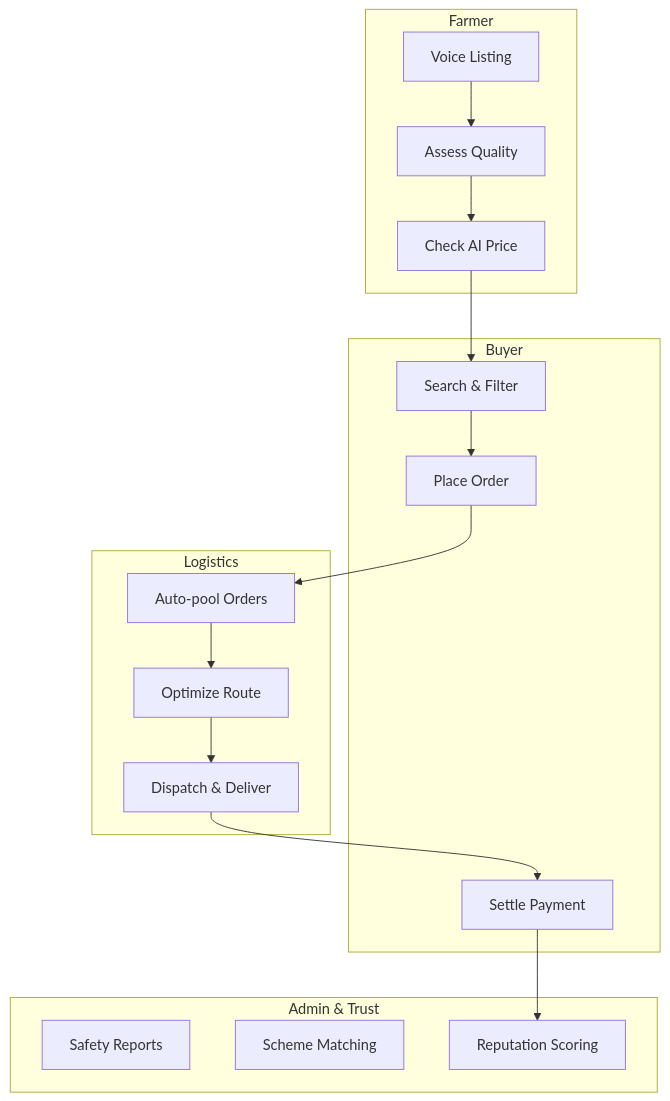
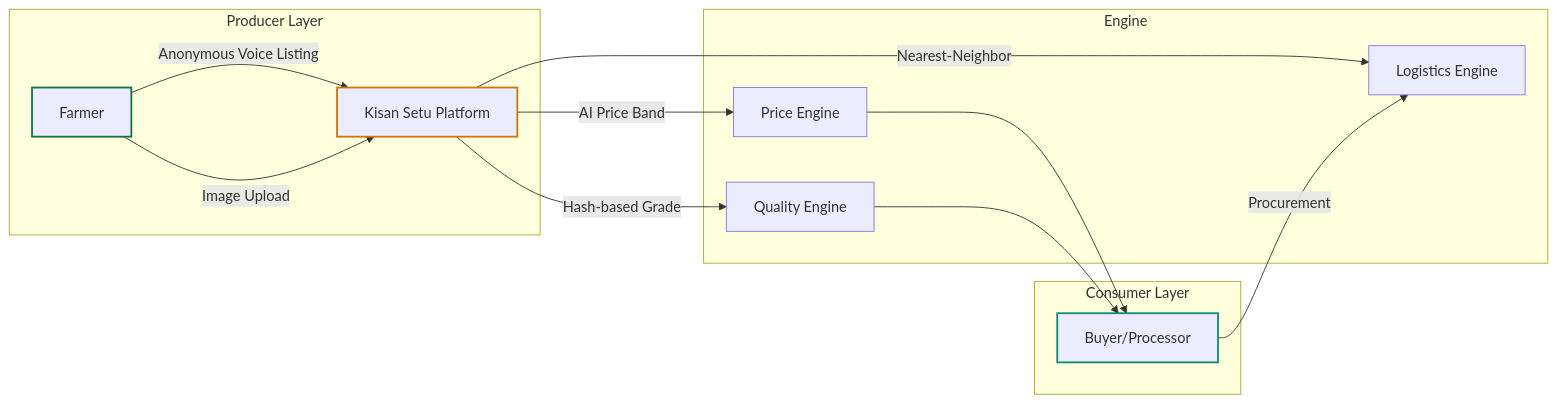
The first of 2 diagrams in README.md (cressica18/SIH2026_MVP), drawn with Mermaid before and after one commit. The commit also changed other lines of this file, not shown here.

````diff
--- a/README.md
+++ b/README.md
@@ -86,36 +27,23 @@
 ```mermaid
-graph TD
-    subgraph "Farmer"
-        F1[Voice Listing]
-        F2[Assess Quality]
-        F3[Check AI Price]
+flowchart LR
+    subgraph "Producer Layer"
+        F[Farmer] --> |Anonymous Voice Listing| A[Kisan Setu Platform]
+        F --> |Image Upload| A
     end
     
-    subgraph "Buyer"
-        B1[Search & Filter]
-        B2[Place Order]
-        B3[Settle Payment]
+    subgraph "Engine"
+        A --> |AI Price Band| P[Price Engine]
+        A --> |Hash-based Grade| Q[Quality Engine]
+        A --> |Nearest-Neighbor| L[Logistics Engine]
     end
     
-    subgraph "Logistics"
-        L1[Auto-pool Orders]
-        L2[Optimize Route]
-        L3[Dispatch & Deliver]
+    subgraph "Consumer Layer"
+        P --> B[Buyer/Processor]
+        Q --> B
+        B --> |Procurement| L
     end
     
-    subgraph "Admin & Trust"
-        A1[Safety Reports]
-        A2[Scheme Matching]
-        A3[Reputation Scoring]
-    end
-
-    F1 --> F2
-    F2 --> F3
-    F3 --> B1
-    B1 --> B2
-    B2 --> L1
-    L1 --> L2
-    L2 --> L3
-    L3 --> B3
-    B3 --> A3
+    style F stroke:#137344,stroke-width:2px
+    style B stroke:#128975,stroke-width:2px
+    style A stroke:#cc760e,stroke-width:2px
 ```
````
